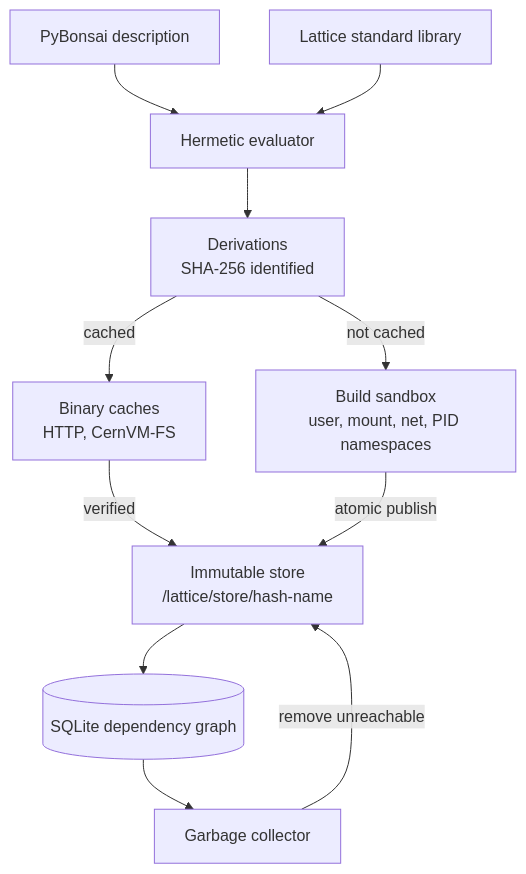
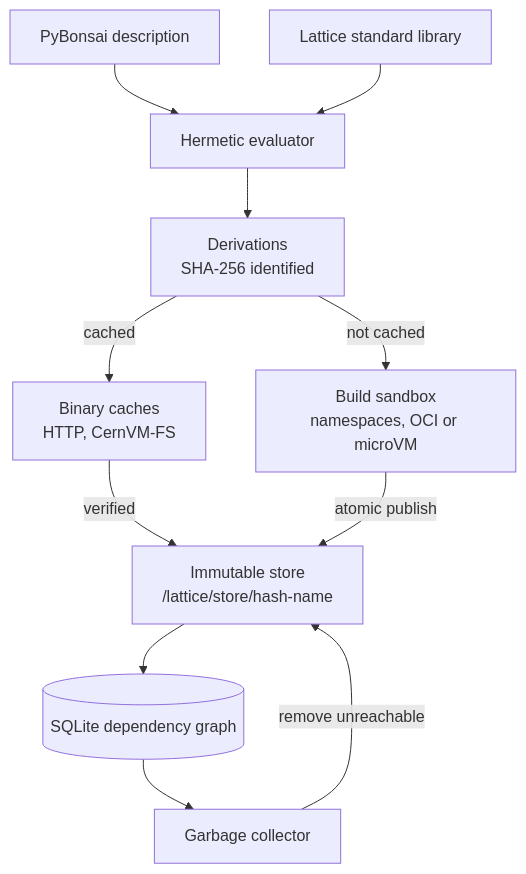
One commit to PacketFive/PyrixOS changed the diagram in README.md. Above: the diagram before and after it, drawn with Mermaid. The commit also changed other lines of this file and 5 other files, not shown here.

````diff
--- a/README.md
+++ b/README.md
@@ -7,22 +7,22 @@
 ```mermaid
 ---
 config:
   themeVariables:
     fontSize: 16px
   flowchart:
     useMaxWidth: false
   sequence:
     useMaxWidth: false
 ---
 flowchart TB
     pyb["PyBonsai description"] --> ev["Hermetic evaluator"]
     lib["Lattice standard library"] --> ev
     ev --> drv["Derivations<br/>SHA-256 identified"]
-    drv -->|"not cached"| sb["Build sandbox<br/>user, mount, net, PID namespaces"]
+    drv -->|"not cached"| sb["Build sandbox<br/>namespaces, OCI or microVM"]
     drv -->|"cached"| bc["Binary caches<br/>HTTP, CernVM-FS"]
     bc -->|"verified"| st
     sb -->|"atomic publish"| st["Immutable store<br/>/lattice/store/hash-name"]
     st --> db[("SQLite dependency graph")]
     db --> gc["Garbage collector"]
     gc -->|"remove unreachable"| st
 ```
````
